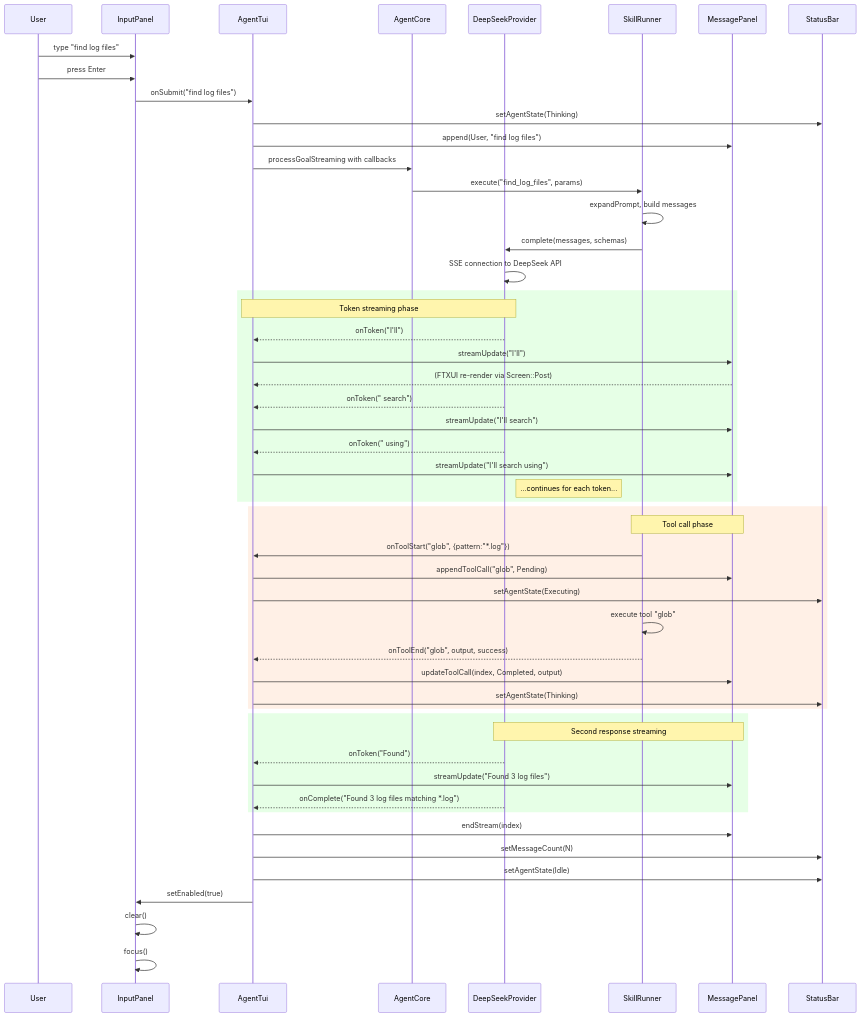
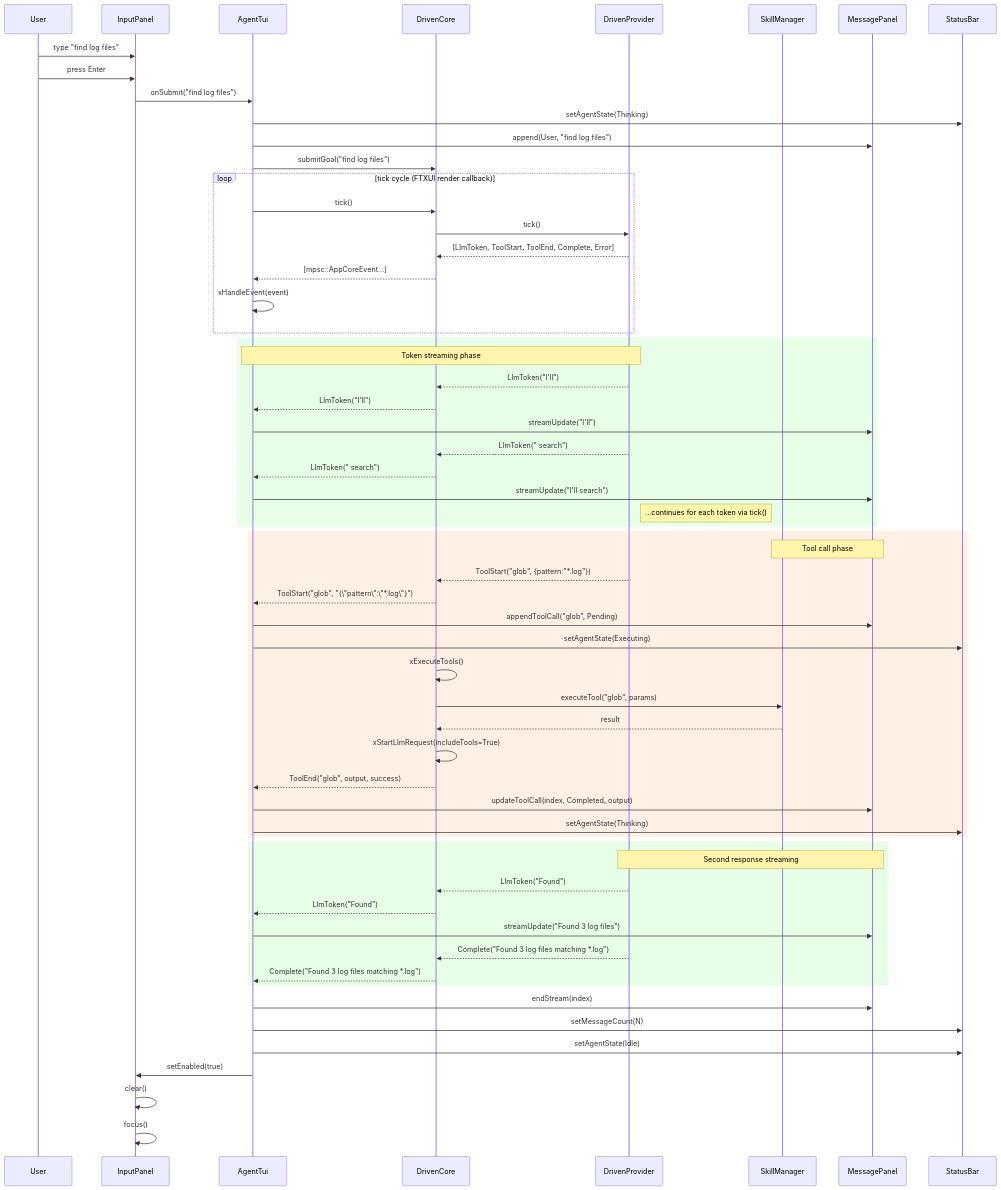
Before and after one commit to opensassi/a0: the second of 4 diagrams in src/tui/technical-specification.md, drawn with Mermaid. The commit also changed other lines of this file and 49 other files, not shown here.

Commit message:
Thread-separated App Core refactoring: add DrivenCore state machine, curl_multi async provider, MPSC channel; refactor AgentTui to remove AgentCore*; update all 43 spec files and 5 technical-specification.md files

````diff
--- a/src/tui/technical-specification.md
+++ b/src/tui/technical-specification.md
@@ -501,61 +561,68 @@
 ```mermaid
 sequenceDiagram
     participant User
     participant IP as InputPanel
     participant AT as AgentTui
-    participant AC as AgentCore
-    participant DP as DeepSeekProvider
-    participant SR as SkillRunner
+    participant DC as DrivenCore
+    participant DP as DrivenProvider
+    participant SK as SkillManager
     participant MP as MessagePanel
     participant SB as StatusBar
 
     User->>IP: type "find log files"
     User->>IP: press Enter
     IP->>AT: onSubmit("find log files")
     AT->>SB: setAgentState(Thinking)
     AT->>MP: append(User, "find log files")
-    AT->>AC: processGoalStreaming with callbacks
+    AT->>DC: submitGoal("find log files")
 
-    AC->>SR: execute("find_log_files", params)
-    SR->>SR: expandPrompt, build messages
-    SR->>DP: complete(messages, schemas)
-
-    DP->>DP: SSE connection to DeepSeek API
+    loop tick cycle (FTXUI render callback)
+        AT->>DC: tick()
+        DC->>DP: tick()
+        DP-->>DC: [LlmToken, ToolStart, ToolEnd, Complete, Error]
+        DC-->>AT: [mpsc::AppCoreEvent...]
+        AT->>AT: xHandleEvent(event)
+    end
 
     rect rgb(230, 255, 230)
         Note over DP,AT: Token streaming phase
-        DP-->>AT: onToken("I'll")
+        DP-->>DC: LlmToken("I'll")
+        DC-->>AT: LlmToken("I'll")
         AT->>MP: streamUpdate("I'll")
-        MP-->>AT: (FTXUI re-render via Screen::Post)
-        DP-->>AT: onToken(" search")
+        DP-->>DC: LlmToken(" search")
+        DC-->>AT: LlmToken(" search")
         AT->>MP: streamUpdate("I'll search")
-        DP-->>AT: onToken(" using")
-        AT->>MP: streamUpdate("I'll search using")
-        Note right of DP: ...continues for each token...
+        Note right of DP: ...continues for each token via tick()
     end
 
     rect rgb(255, 240, 230)
-        Note over SR,MP: Tool call phase
-        SR->>AT: onToolStart("glob", {pattern:"*.log"})
+        Note over SK,MP: Tool call phase
+        DP-->>DC: ToolStart("glob", {pattern:"*.log"})
+        DC-->>AT: ToolStart("glob", "{\"pattern\":\"*.log\"}")
         AT->>MP: appendToolCall("glob", Pending)
         AT->>SB: setAgentState(Executing)
-        SR->>SR: execute tool "glob"
-        SR-->>AT: onToolEnd("glob", output, success)
+        DC->>DC: xExecuteTools()
+        DC->>SK: executeTool("glob", params)
+        SK-->>DC: result
+        DC->>DC: xStartLlmRequest(includeTools=True)
+        DC-->>AT: ToolEnd("glob", output, success)
         AT->>MP: updateToolCall(index, Completed, output)
         AT->>SB: setAgentState(Thinking)
     end
 
     rect rgb(230, 255, 230)
         Note over DP,MP: Second response streaming
-        DP-->>AT: onToken("Found")
+        DP-->>DC: LlmToken("Found")
+        DC-->>AT: LlmToken("Found")
         AT->>MP: streamUpdate("Found 3 log files")
-        DP-->>AT: onComplete("Found 3 log files matching *.log")
+        DP-->>DC: Complete("Found 3 log files matching *.log")
+        DC-->>AT: Complete("Found 3 log files matching *.log")
     end
 
     AT->>MP: endStream(index)
     AT->>SB: setMessageCount(N)
     AT->>SB: setAgentState(Idle)
     AT->>IP: setEnabled(true)
     IP->>IP: clear()
     IP->>IP: focus()
 ```
````
